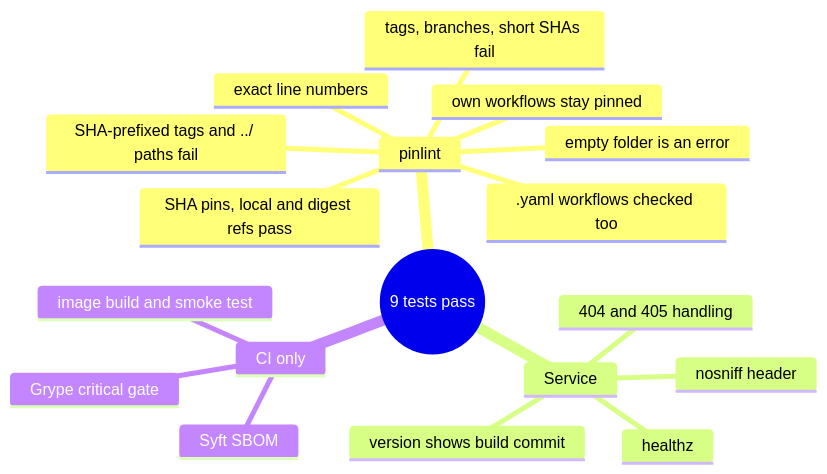
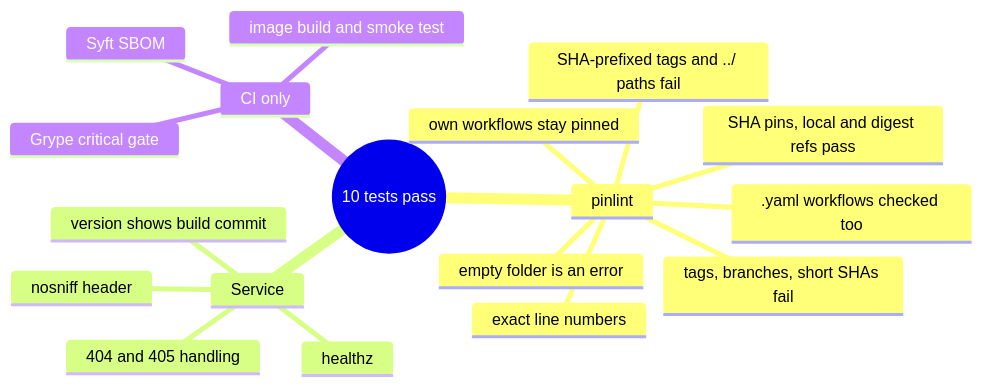
One commit to EquinoxWN/secure-supply-chain changed the second of 2 diagrams in README.md. Above: the diagram before and after it, drawn with Mermaid. The commit also changed other lines of this file and 1 other file, not shown here.

````diff
--- a/README.md
+++ b/README.md
@@ -113,21 +113,21 @@
 ```mermaid
 mindmap
-  root((9 tests pass))
+  root((10 tests pass))
     pinlint
       SHA pins, local and digest refs pass
       tags, branches, short SHAs fail
       SHA-prefixed tags and ../ paths fail
       exact line numbers
       own workflows stay pinned
       empty folder is an error
       .yaml workflows checked too
     Service
       healthz
       version shows build commit
       nosniff header
       404 and 405 handling
     CI only
       image build and smoke test
       Syft SBOM
       Grype critical gate
 ```
````
